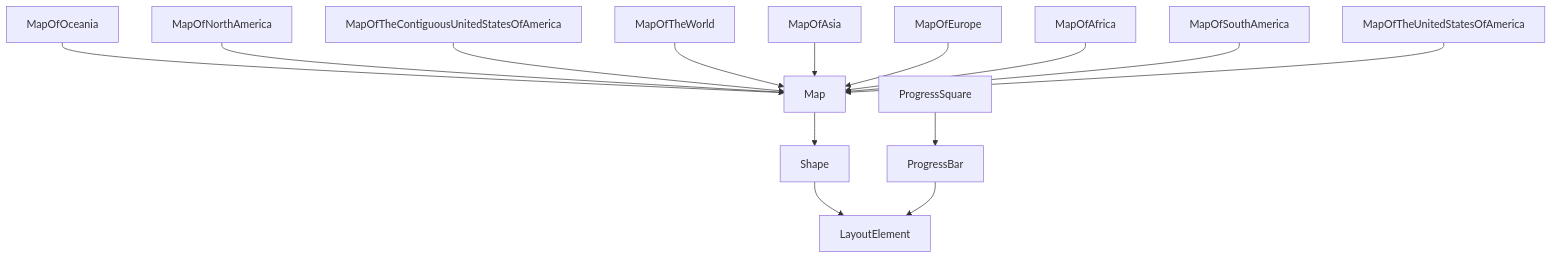
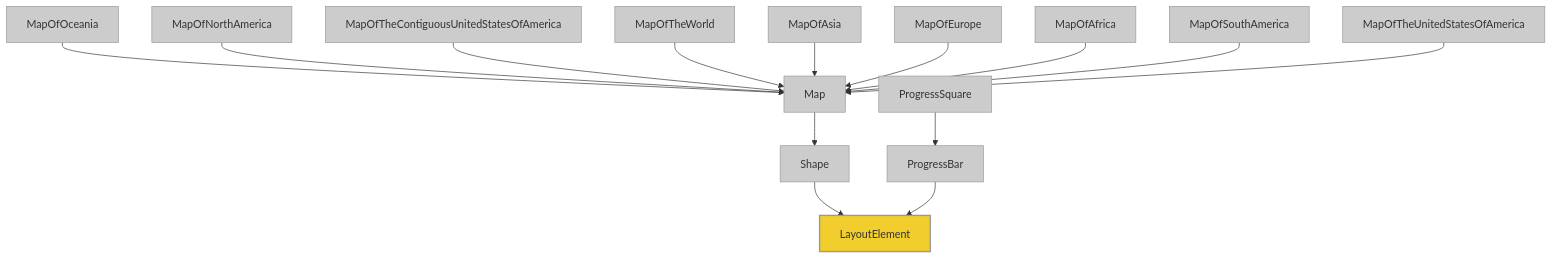
Before and after one commit to jorisschellekens/borb-examples: the diagram in 04/README.md, drawn with Mermaid.

````diff
--- a/04/README.md
+++ b/04/README.md
@@ -9,17 +9,25 @@
 ```mermaid
 graph TD
     LayoutElement
     Shape --> LayoutElement
     ProgressBar --> LayoutElement
     ProgressSquare --> ProgressBar
     Map --> Shape
     MapOfOceania --> Map
     MapOfNorthAmerica --> Map
     MapOfTheContiguousUnitedStatesOfAmerica --> Map
     MapOfTheWorld --> Map
     MapOfAsia --> Map
     MapOfEurope --> Map
     MapOfAfrica --> Map
     MapOfSouthAmerica --> Map
     MapOfTheUnitedStatesOfAmerica --> Map
+
+    %% Define classes
+    classDef gray fill:#ccc,stroke:#999,stroke-width:1px;
+    classDef highlight fill:#F1CD2E,stroke:#999,stroke-width:2px;
+
+    %% Assign classes
+    class LayoutElement highlight;
+    class Shape,ProgressBar,ProgressSquare,Map,MapOfOceania,MapOfNorthAmerica,MapOfTheContiguousUnitedStatesOfAmerica,MapOfTheWorld,MapOfAsia,MapOfEurope,MapOfAfrica,MapOfSouthAmerica,MapOfTheUnitedStatesOfAmerica gray;
 ```
````
